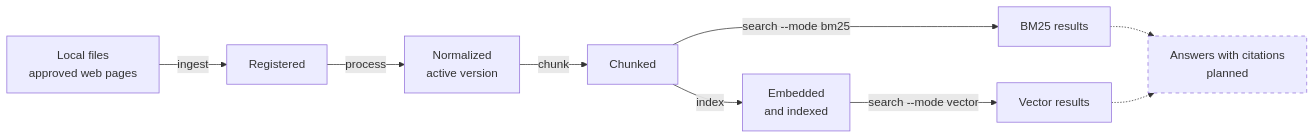
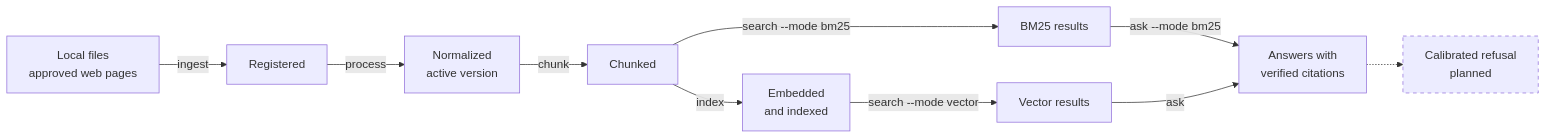
One commit to SyedMuhammadUbaidUrRehman22/TechDocQA changed the first of 3 diagrams in README.md. Above: the diagram before and after it, drawn with Mermaid. The commit also changed other lines of this file and 23 other files, not shown here.

````diff
--- a/README.md
+++ b/README.md
@@ -20,13 +22,14 @@
 ```mermaid
 flowchart LR
   A[Local files<br/>approved web pages] -->|ingest| B[Registered]
   B -->|process| C[Normalized<br/>active version]
   C -->|chunk| D[Chunked]
   D -->|index| E[Embedded<br/>and indexed]
   D -->|search --mode bm25| F[BM25 results]
   E -->|search --mode vector| G[Vector results]
-  F -.-> H[Answers with citations<br/>planned]
-  G -.-> H
+  F -->|ask --mode bm25| H[Answers with<br/>verified citations]
+  G -->|ask| H
+  H -.-> I[Calibrated refusal<br/>planned]
   classDef planned stroke-dasharray: 5 5
-  class H planned
+  class I planned
 ```
````
